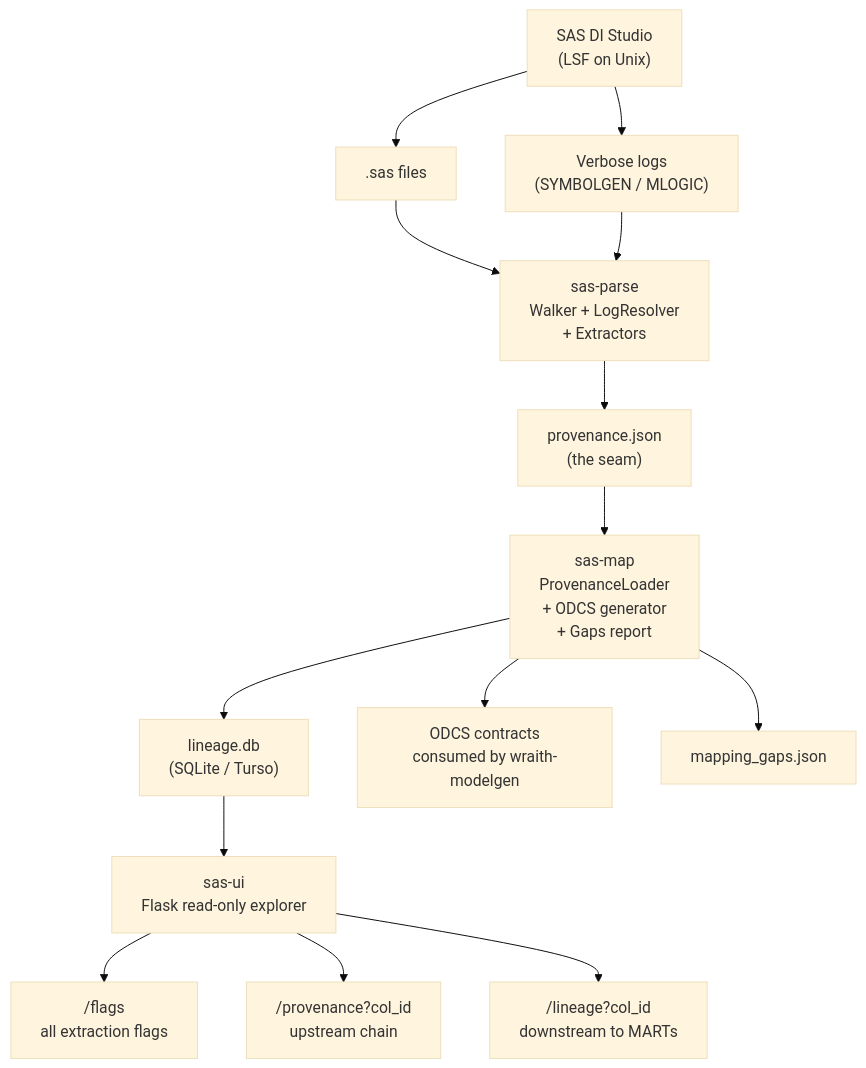
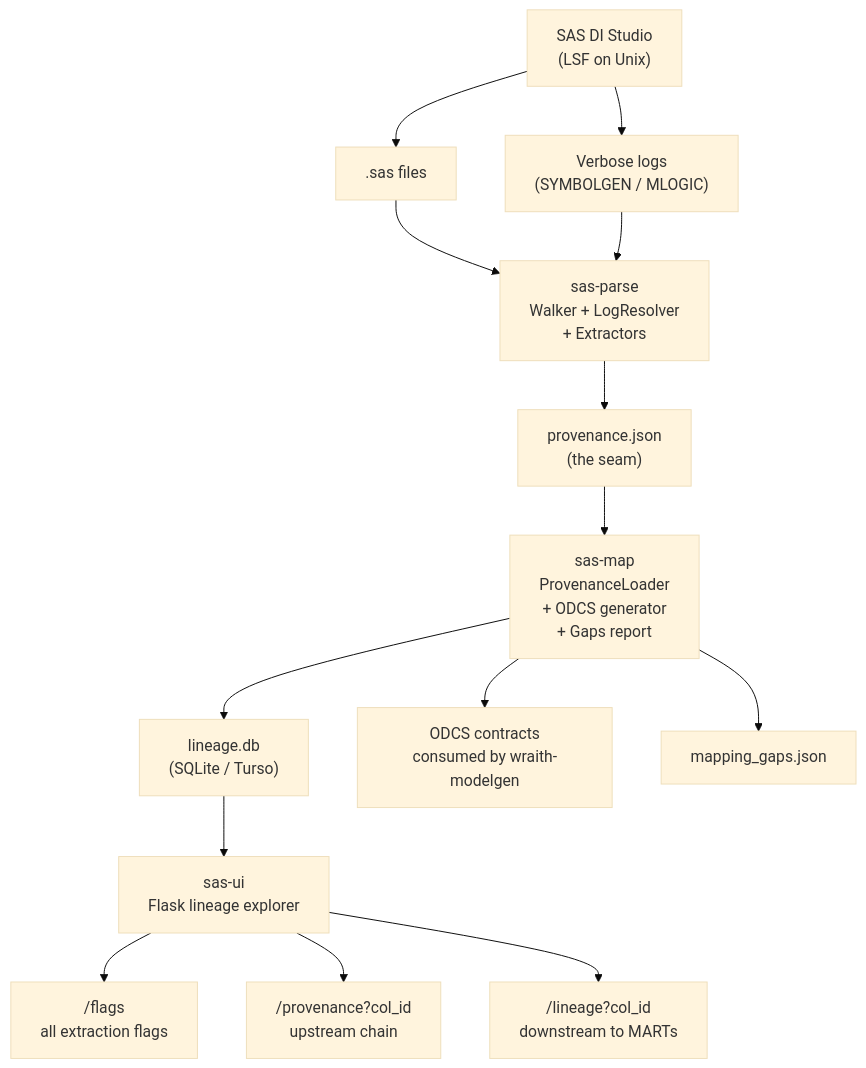
The first of 6 diagrams in docs/architecture.md (wraith-proxy/wraith-sas-lineage), drawn with Mermaid (base theme) before and after one commit. The commit also changed other lines of this file and 68 other files, not shown here.

````diff
--- a/docs/architecture.md
+++ b/docs/architecture.md
@@ -9,22 +9,22 @@
 ```mermaid
 flowchart TD
     SAS["SAS DI Studio\n(LSF on Unix)"] --> CODE[".sas files"]
     SAS --> LOGS["Verbose logs\n(SYMBOLGEN / MLOGIC)"]
 
     CODE --> PARSE["sas-parse\nWalker + LogResolver\n+ Extractors"]
     LOGS --> PARSE
 
     PARSE --> PROV["provenance.json\n(the seam)"]
 
     PROV --> MAP["sas-map\nProvenanceLoader\n+ ODCS generator\n+ Gaps report"]
 
     MAP --> DB["lineage.db\n(SQLite / Turso)"]
     MAP --> ODCS["ODCS contracts\nconsumed by wraith-modelgen"]
     MAP --> GAPS["mapping_gaps.json"]
 
-    DB --> UI["sas-ui\nFlask read-only explorer"]
+    DB --> UI["sas-ui\nFlask lineage explorer"]
 
     UI --> FLAGS["/flags\nall extraction flags"]
     UI --> PROV_VIEW["/provenance?col_id\nupstream chain"]
     UI --> LIN["/lineage?col_id\ndownstream to MARTs"]
 ```
````
